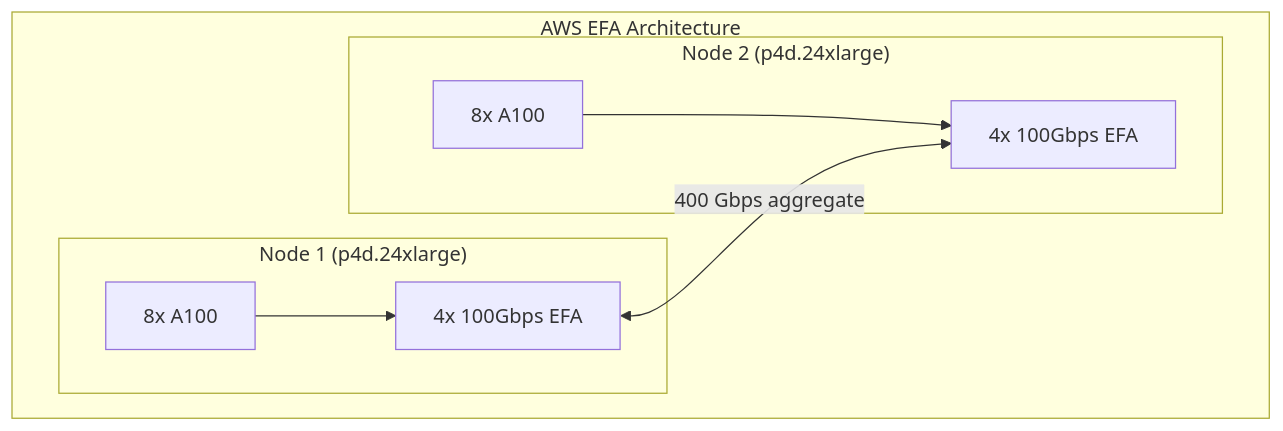
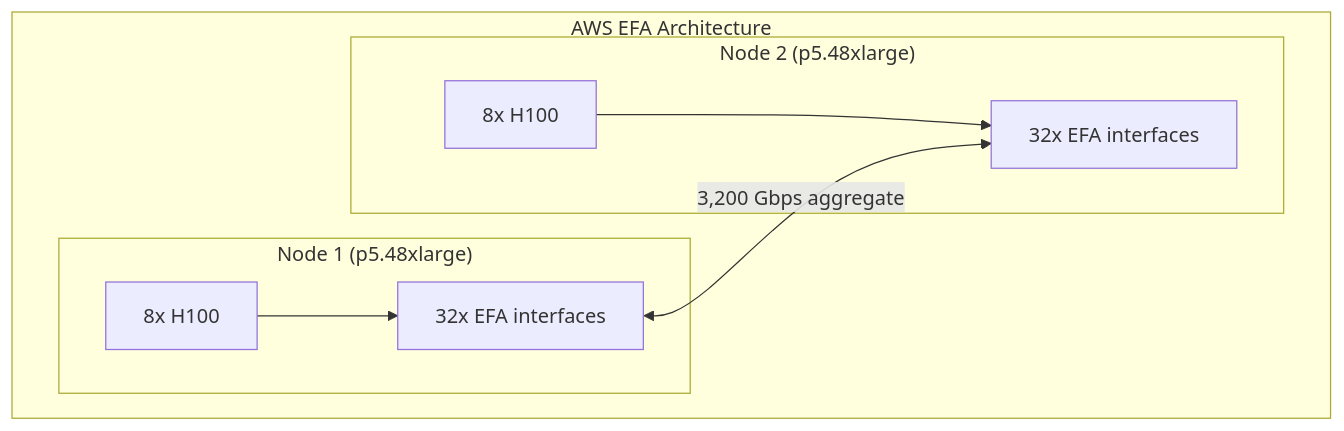
One commit to Mirantis-PS/k0rdent-ai-training changed the seventh of 9 diagrams in curriculum/week-5-ai-workloads/theory/5.3-gpu-communication.md. Above: the diagram before and after it, drawn with Mermaid. The commit also changed other lines of this file and 66 other files, not shown here.

````diff
--- a/curriculum/week-5-ai-workloads/theory/5.3-gpu-communication.md
+++ b/curriculum/week-5-ai-workloads/theory/5.3-gpu-communication.md
@@ -307,14 +309,14 @@
 ```mermaid
 flowchart TB
     subgraph "AWS EFA Architecture"
-        subgraph "Node 1 (p4d.24xlarge)"
-            GPU1[8x A100] --> NIC1[4x 100Gbps EFA]
+        subgraph "Node 1 (p5.48xlarge)"
+            GPU1[8x H100] --> NIC1[32x EFA interfaces]
         end
 
-        subgraph "Node 2 (p4d.24xlarge)"
-            GPU2[8x A100] --> NIC2[4x 100Gbps EFA]
+        subgraph "Node 2 (p5.48xlarge)"
+            GPU2[8x H100] --> NIC2[32x EFA interfaces]
         end
 
-        NIC1 <-->|400 Gbps aggregate| NIC2
+        NIC1 <-->|3,200 Gbps aggregate| NIC2
     end
 ```
````
